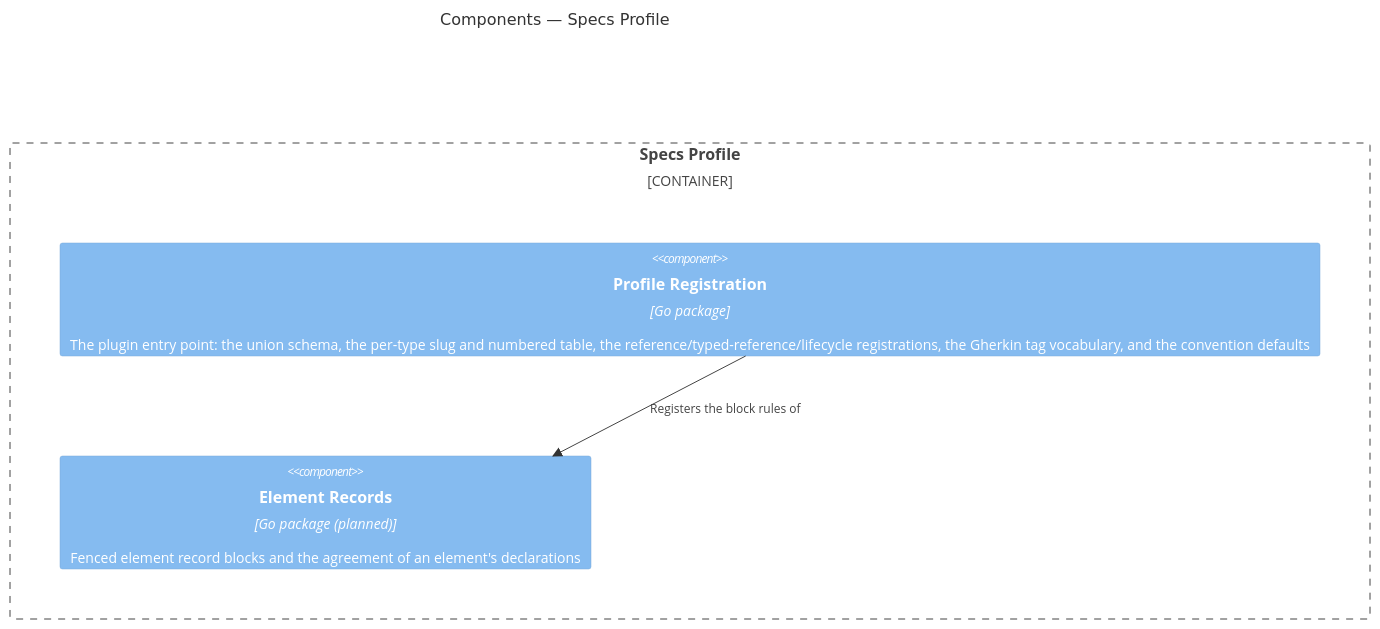
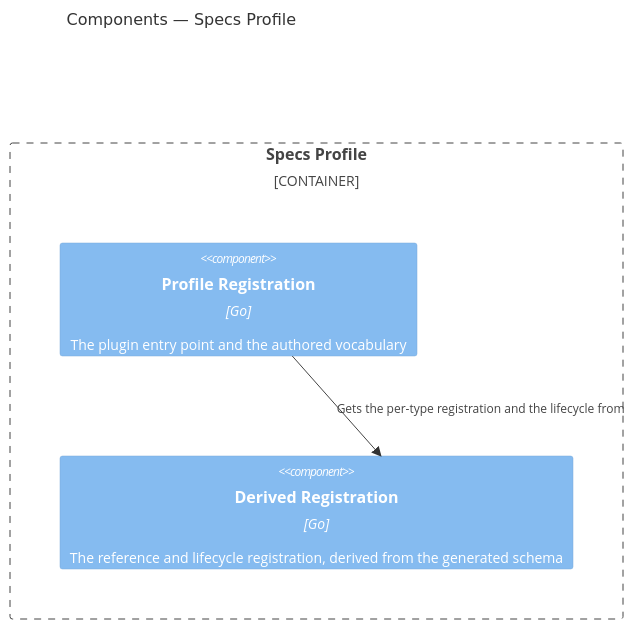
Before and after one commit to brettcallaghan/specs: the diagram in specs/modules/spec-profile/spec-profile-module.md, drawn with Mermaid. The commit also changed other lines of this file and 42 other files, not shown here.

````diff
--- a/specs/modules/spec-profile/spec-profile-module.md
+++ b/specs/modules/spec-profile/spec-profile-module.md
@@ -169,9 +274,9 @@
 ```mermaid
 C4Component
     title Components — Specs Profile
     Container_Boundary(profile, "Specs Profile") {
-        Component(reg, "Profile Registration", "Go package", "The plugin entry point: the union schema, the per-type slug and numbered table, the reference/typed-reference/lifecycle registrations, the Gherkin tag vocabulary, and the convention defaults")
-        Component(records, "Element Records", "Go package (planned)", "Fenced element record blocks and the agreement of an element's declarations")
+        Component(reg, "Profile Registration", "Go", "The plugin entry point and the authored vocabulary")
+        Component(derived, "Derived Registration", "Go", "The reference and lifecycle registration, derived from the generated schema")
     }
-    Rel(reg, records, "Registers the block rules of")
+    Rel(reg, derived, "Gets the per-type registration and the lifecycle from")
 ```
````
